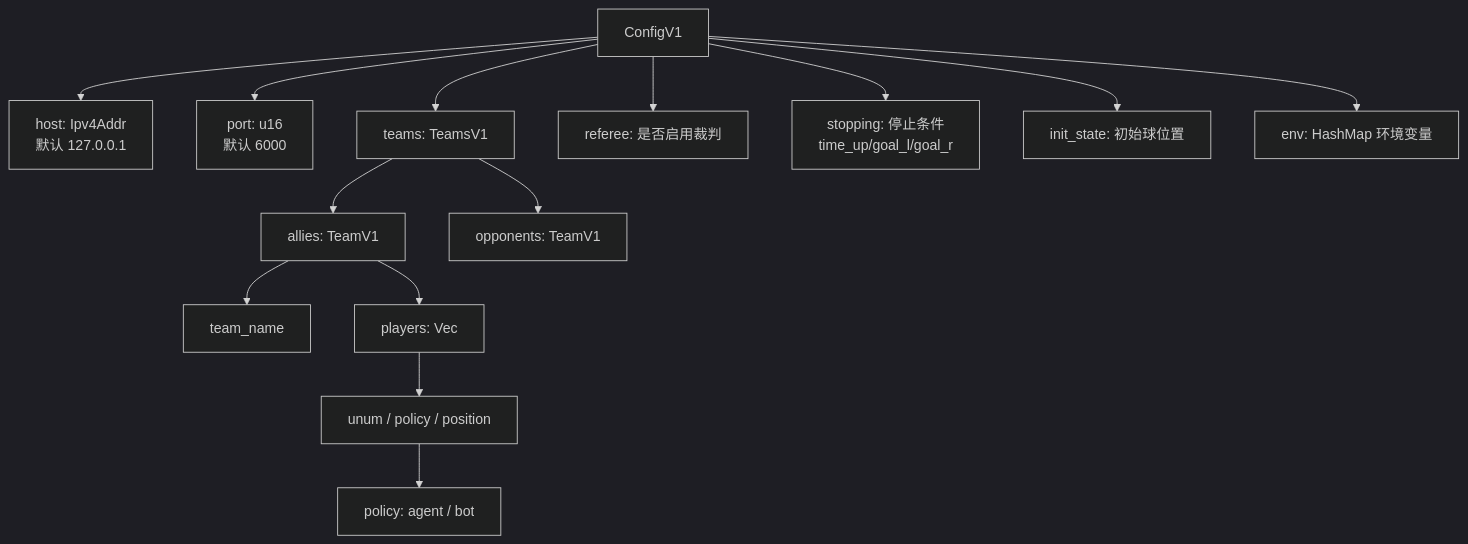
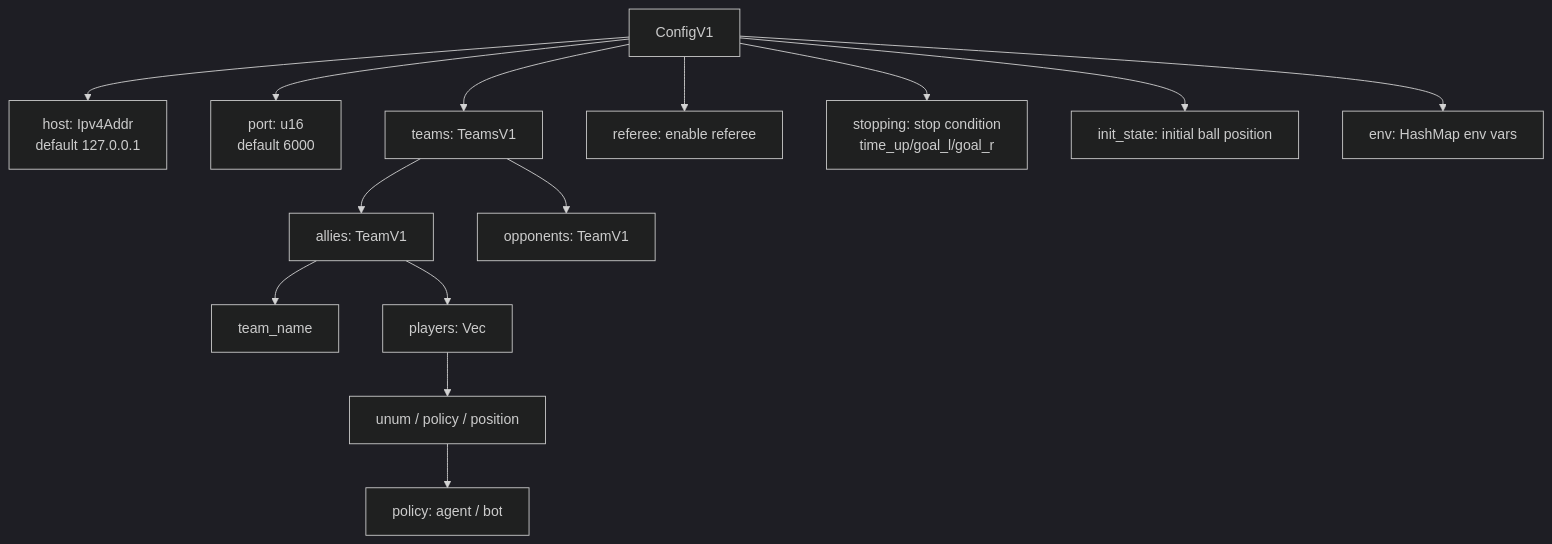
Diagram 17 of 20 in docs/REPORT.md (NN-4H0U/cluster), drawn with Mermaid (dark theme) before and after one commit. The commit also changed other lines of this file, not shown here.

Commit message:
docs: fix 3.3 stateDiagram parse error and translate all diagram Chinese to English

````diff
--- a/docs/REPORT.md
+++ b/docs/REPORT.md
@@ -424,18 +424,18 @@
 ```mermaid
 graph TD
-    CFG[ConfigV1] --> HOST[host: Ipv4Addr\n默认 127.0.0.1]
-    CFG --> PORT[port: u16\n默认 6000]
+    CFG[ConfigV1] --> HOST[host: Ipv4Addr\ndefault 127.0.0.1]
+    CFG --> PORT[port: u16\ndefault 6000]
     CFG --> TEAMS[teams: TeamsV1]
-    CFG --> REF[referee: 是否启用裁判]
-    CFG --> STOP[stopping: 停止条件\ntime_up/goal_l/goal_r]
-    CFG --> INIT[init_state: 初始球位置]
-    CFG --> ENV[env: HashMap 环境变量]
+    CFG --> REF[referee: enable referee]
+    CFG --> STOP[stopping: stop condition\ntime_up/goal_l/goal_r]
+    CFG --> INIT[init_state: initial ball position]
+    CFG --> ENV[env: HashMap env vars]
 
     TEAMS --> ALLY[allies: TeamV1]
     TEAMS --> OPP[opponents: TeamV1]
 
     ALLY --> TN[team_name]
     ALLY --> PLS[players: Vec<PlayerV1>]
     PLS --> PL[unum / policy / position]
     PL --> POL[policy: agent / bot]
 ```
````
